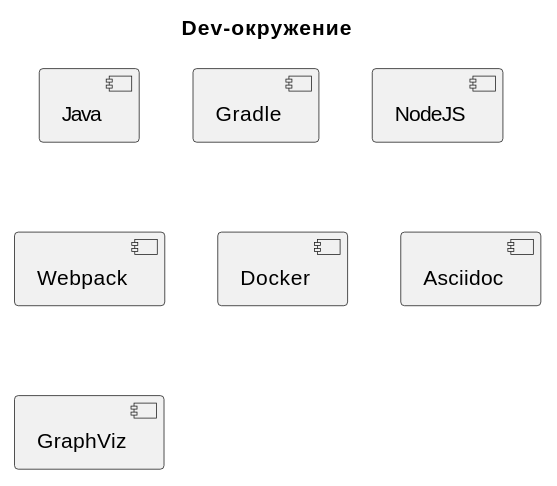
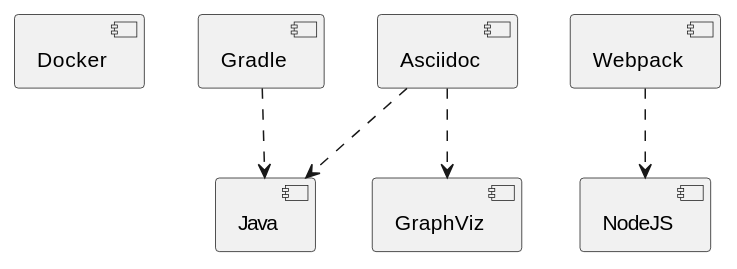
Before and after one commit to gurv/vg: the second of 2 diagrams in documentation/src/docs/asciidoc/notes.adoc, drawn with PlantUML. The commit also changed other lines of this file and 47 other files, not shown here.

```diff
--- a/documentation/src/docs/asciidoc/notes.adoc
+++ b/documentation/src/docs/asciidoc/notes.adoc
@@ -125,11 +102,8 @@
 [plantuml, dev-env, png]
 ....
-title Dev-окружение
-[Java]
-[Gradle]
-[NodeJS]
-[Webpack]
 [Docker]
-[Asciidoc]
-[GraphViz]
+[Gradle] ..> [Java]
+[Asciidoc] ..> [Java]
+[Asciidoc] ..> [GraphViz]
+[Webpack] ..> [NodeJS]
 ....
```
